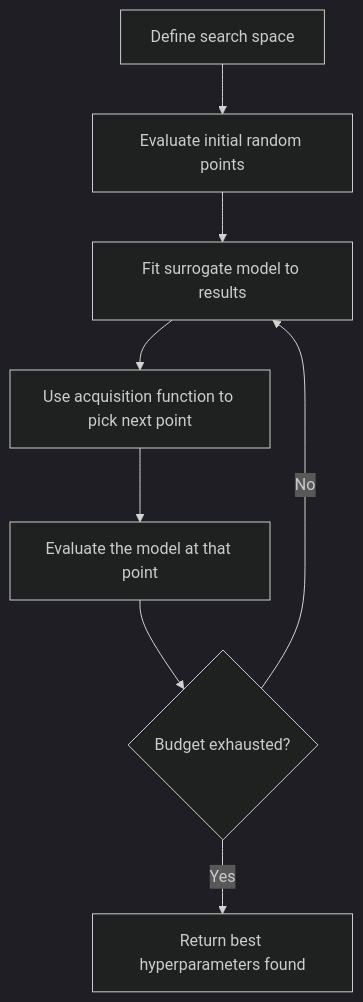
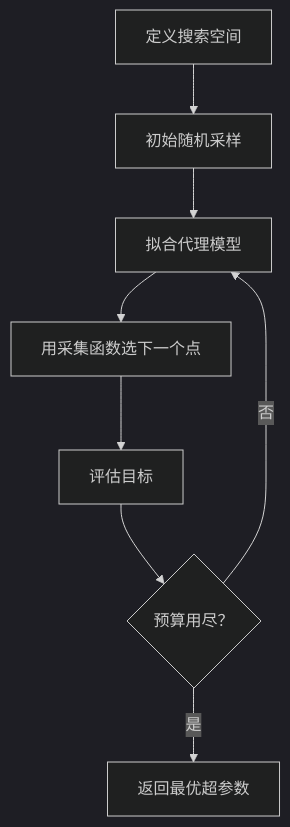
The first of 3 diagrams in phases/02-ml-fundamentals/12-hyperparameter-tuning/docs/zh.md (omigaZen/ai-engineering-from-scratch), drawn with Mermaid (dark theme) before and after one commit. The commit also changed other lines of this file, not shown here.

````diff
--- a/phases/02-ml-fundamentals/12-hyperparameter-tuning/docs/zh.md
+++ b/phases/02-ml-fundamentals/12-hyperparameter-tuning/docs/zh.md
@@ -107,10 +66,10 @@
 ```mermaid
 flowchart TD
-    A[Define search space] --> B[Evaluate initial random points]
-    B --> C[Fit surrogate model to results]
-    C --> D[Use acquisition function to pick next point]
-    D --> E[Evaluate the model at that point]
-    E --> F{Budget exhausted?}
-    F -->|No| C
-    F -->|Yes| G[Return best hyperparameters found]
+    A[定义搜索空间] --> B[初始随机采样]
+    B --> C[拟合代理模型]
+    C --> D[用采集函数选下一个点]
+    D --> E[评估目标]
+    E --> F{预算用尽？}
+    F -->|否| C
+    F -->|是| G[返回最优超参数]
 ```
````
